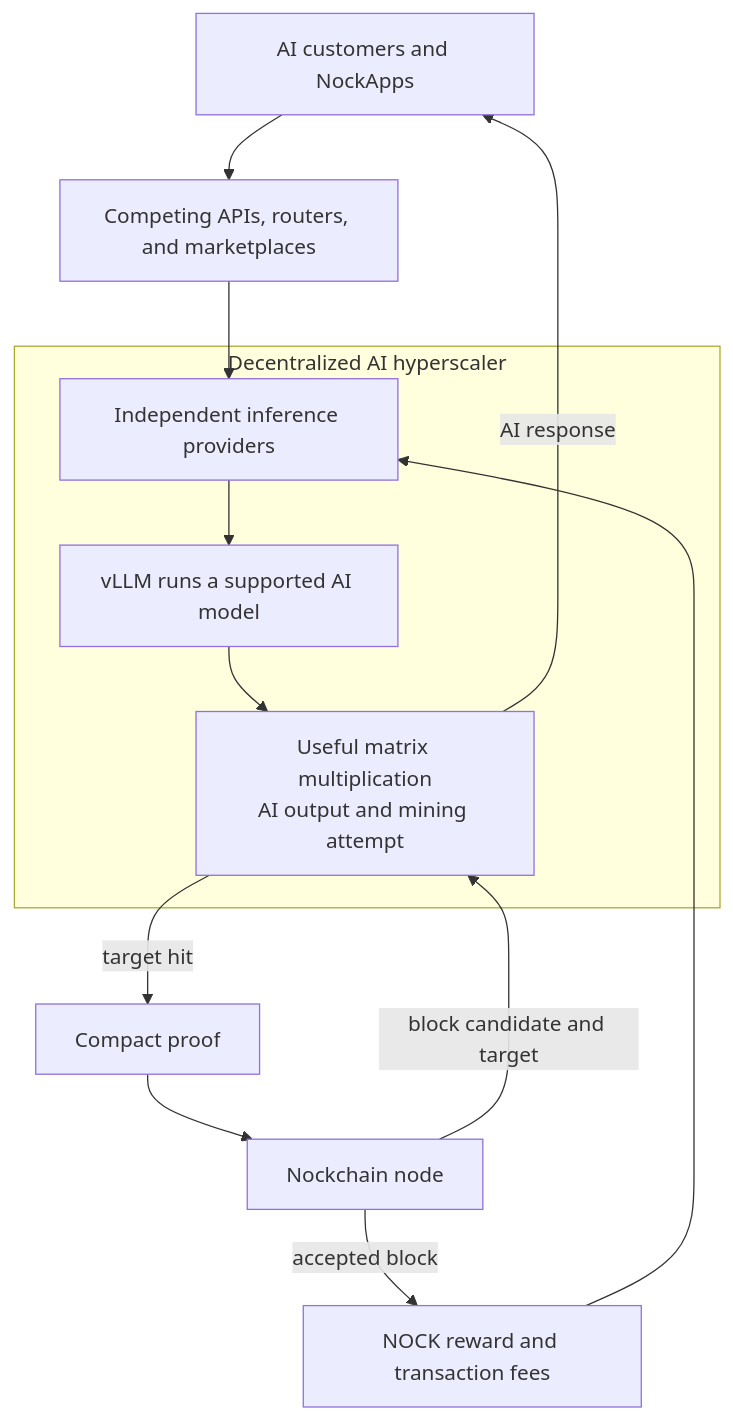
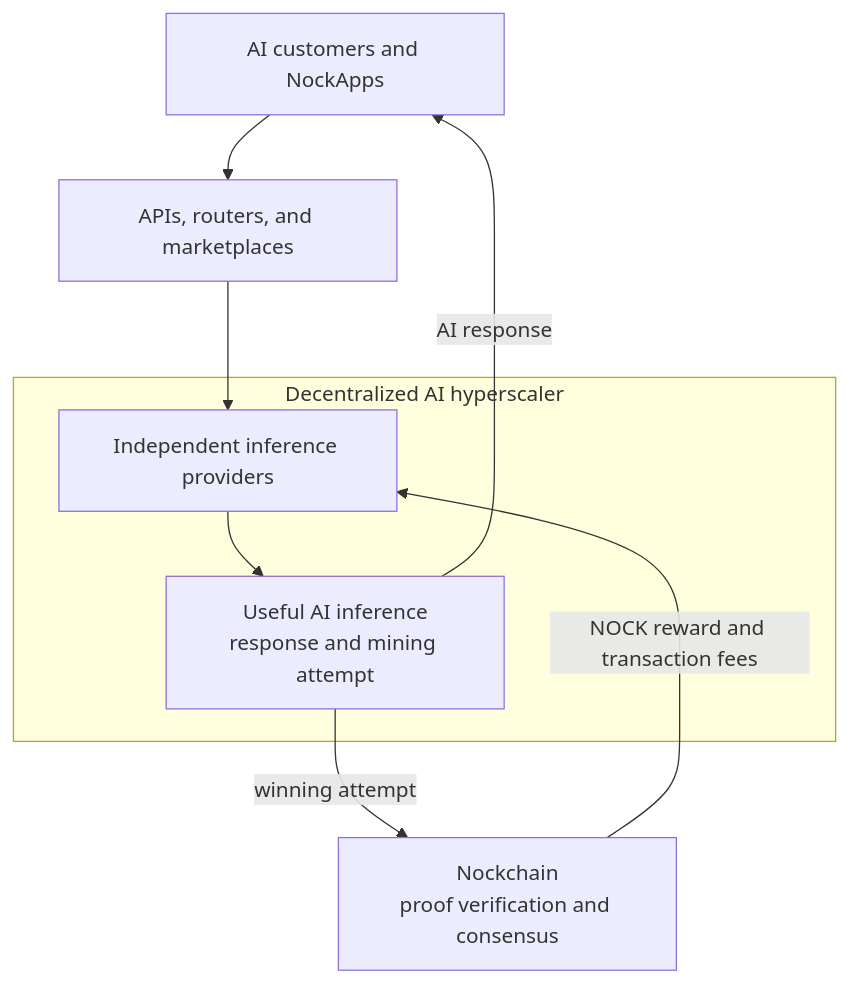
The diagram in ai-compute-network-eli5.md (nockchain/nockchain), drawn with Mermaid before and after one commit. The commit also changed other lines of this file, not shown here.

````diff
--- a/ai-compute-network-eli5.md
+++ b/ai-compute-network-eli5.md
@@ -144,17 +105,13 @@
 ```mermaid
 flowchart TB
-  C["AI customers and NockApps"] --> R["Competing APIs, routers, and marketplaces"]
+  C["AI customers and NockApps"] --> R["APIs, routers, and marketplaces"]
 
   subgraph H["Decentralized AI hyperscaler"]
-    P["Independent inference providers"] --> V["vLLM runs a supported AI model"]
-    V --> G["Useful matrix multiplication<br/>AI output and mining attempt"]
+    P["Independent inference providers"] --> G["Useful AI inference<br/>response and mining attempt"]
   end
 
   R --> P
-  N["Nockchain node"] -->|"block candidate and target"| G
   G -->|"AI response"| C
-  G -->|"target hit"| Z["Compact proof"]
-  Z --> N
-  N -->|"accepted block"| W["NOCK reward and transaction fees"]
-  W --> P
+  G -->|"winning attempt"| N["Nockchain<br/>proof verification and consensus"]
+  N -->|"NOCK reward and transaction fees"| P
 ```
````
